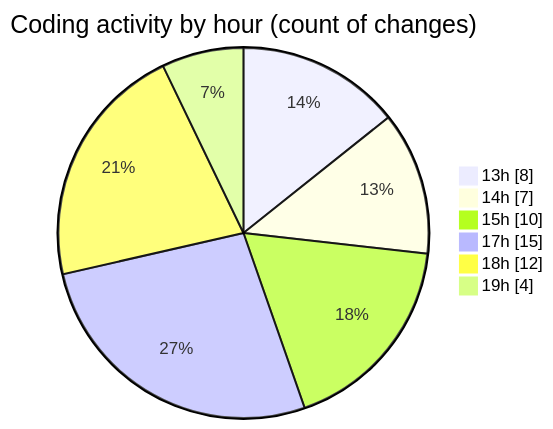
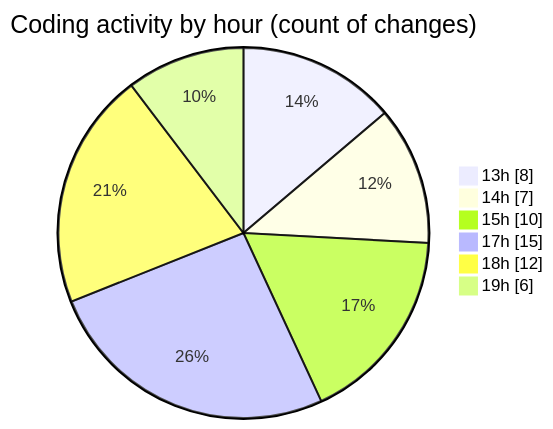
Before and after one commit to BS-eng2023/code-tracking: the second of 2 diagrams in 2025-04-03/jsvms/README.md, drawn with Mermaid. The commit also changed other lines of this file and 1 other file, not shown here.

````diff
--- a/2025-04-03/jsvms/README.md
+++ b/2025-04-03/jsvms/README.md
@@ -40,10 +40,10 @@
 ```mermaid
 pie showData
 title Coding activity by hour (count of changes)
 "13h" : 8
 "14h" : 7
 "15h" : 10
 "17h" : 15
 "18h" : 12
-"19h" : 4
+"19h" : 6
 ```
````
